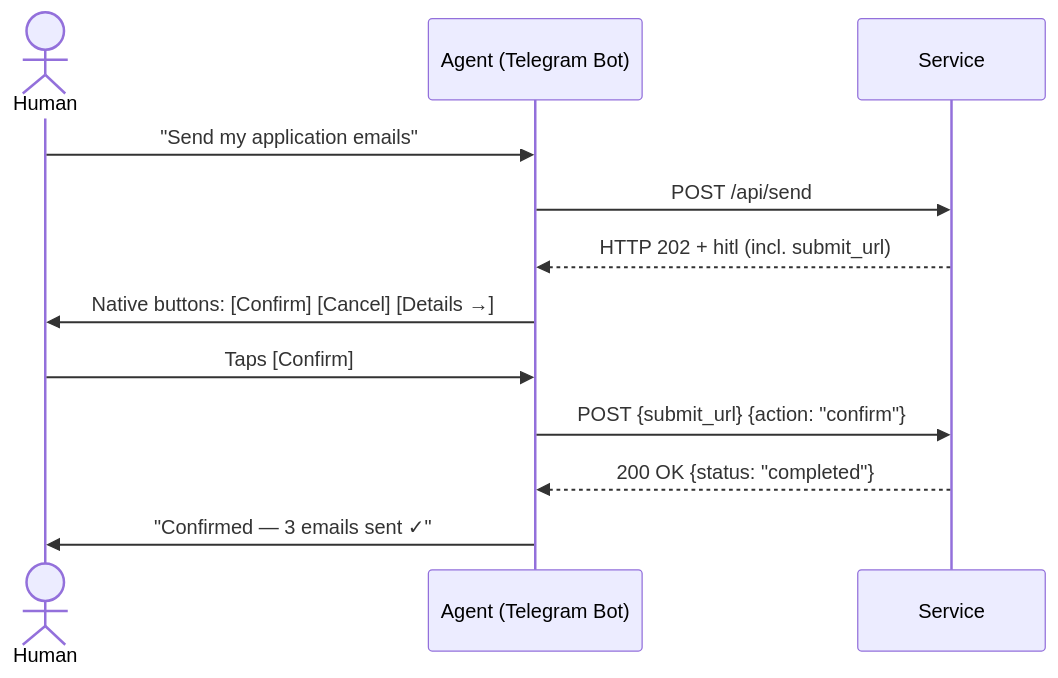
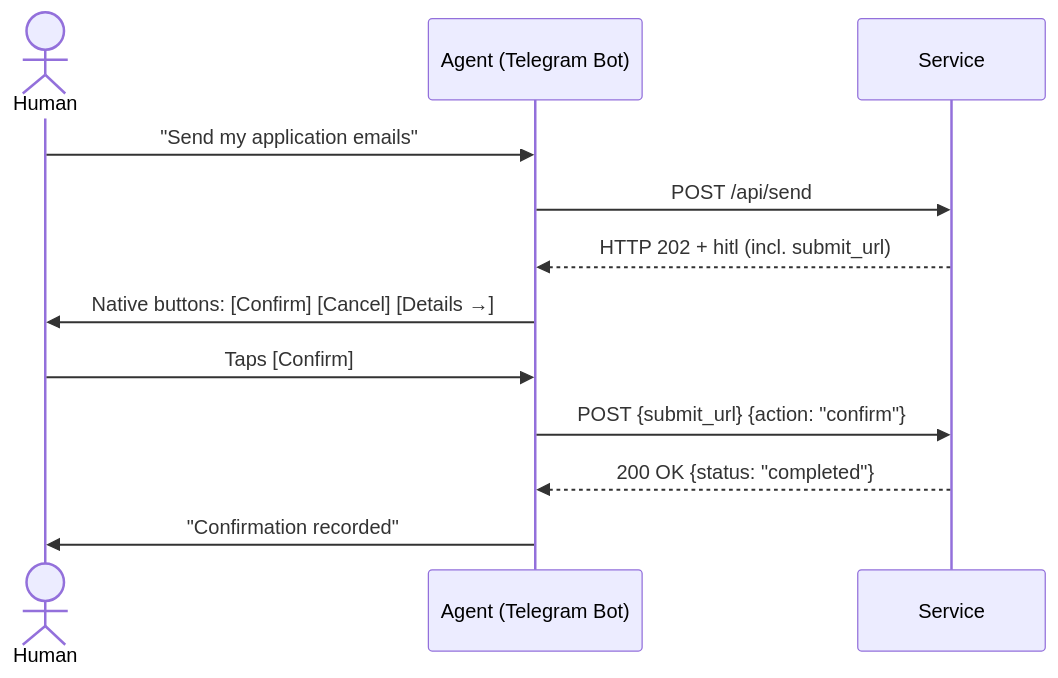
One commit to rotorstar/hitl-protocol changed the second of 2 diagrams in README.md. Above: the diagram before and after it, drawn with Mermaid. The commit also changed other lines of this file and 190 other files, not shown here.

````diff
--- a/README.md
+++ b/README.md
@@ -104,15 +108,15 @@
 ```mermaid
 sequenceDiagram
     actor H as Human
     participant A as Agent (Telegram Bot)
     participant S as Service
 
     H->>A: "Send my application emails"
     A->>S: POST /api/send
     S-->>A: HTTP 202 + hitl (incl. submit_url)
     A->>H: Native buttons: [Confirm] [Cancel] [Details →]
     H->>A: Taps [Confirm]
     A->>S: POST {submit_url} {action: "confirm"}
     S-->>A: 200 OK {status: "completed"}
-    A->>H: "Confirmed — 3 emails sent ✓"
+    A->>H: "Confirmation recorded"
 ```
````
